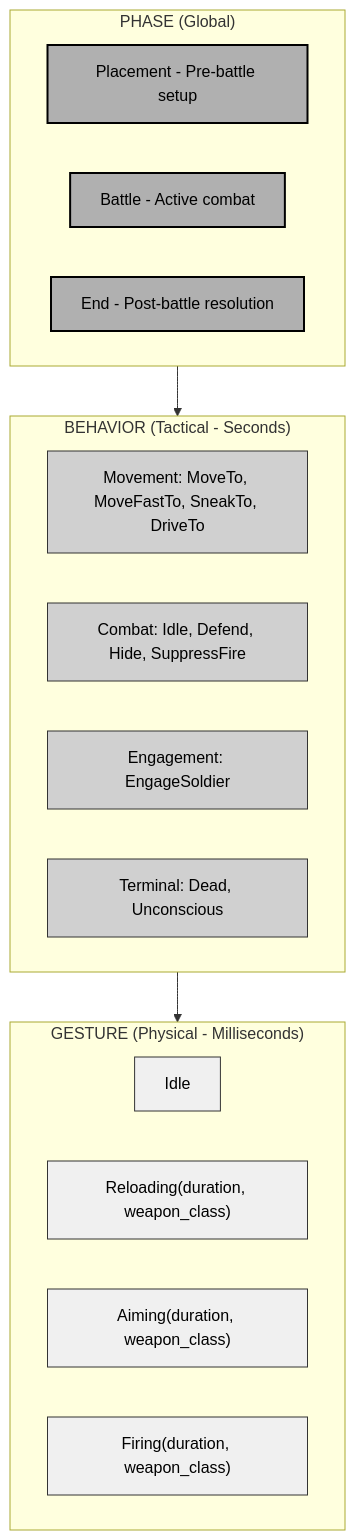
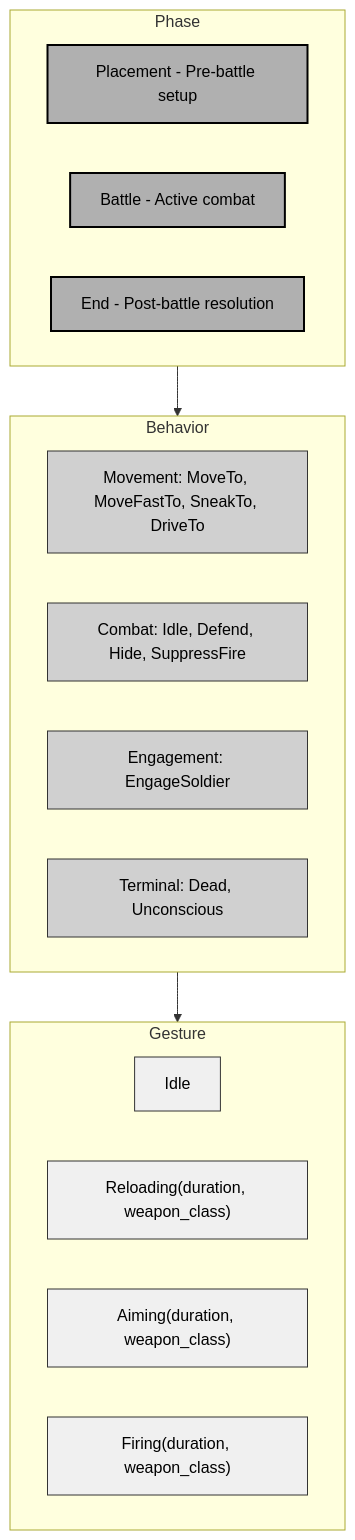
The third of 6 diagrams in chapter_14_ai_systems.md (jukofyork/close-combat-architecture-study), drawn with Mermaid before and after one commit. The commit also changed other lines of this file and 5 other files, not shown here.

````diff
--- a/chapter_14_ai_systems.md
+++ b/chapter_14_ai_systems.md
@@ -320,34 +320,34 @@
 ```mermaid
 flowchart TB
     classDef default fill:#fff,stroke:#000,stroke-width:1px,color:#000
     classDef light fill:#f0f0f0,stroke:#333,stroke-width:1px,color:#000
     classDef medium fill:#d0d0d0,stroke:#333,stroke-width:1px,color:#000
     classDef dark fill:#b0b0b0,stroke:#000,stroke-width:2px,color:#000
 
-    subgraph PHASE["PHASE (Global)"]
+    subgraph PHASE["Phase"]
         P1["Placement - Pre-battle setup"]
         P2["Battle - Active combat"]
         P3["End - Post-battle resolution"]
     end
 
-    subgraph BEHAVIOR["BEHAVIOR (Tactical - Seconds)"]
+    subgraph BEHAVIOR["Behavior"]
         B1["Movement: MoveTo, MoveFastTo, SneakTo, DriveTo"]
         B2["Combat: Idle, Defend, Hide, SuppressFire"]
         B3["Engagement: EngageSoldier"]
         B4["Terminal: Dead, Unconscious"]
     end
 
-    subgraph GESTURE["GESTURE (Physical - Milliseconds)"]
+    subgraph GESTURE["Gesture"]
         G1["Idle"]
         G2["Reloading(duration, weapon_class)"]
         G3["Aiming(duration, weapon_class)"]
         G4["Firing(duration, weapon_class)"]
     end
 
     PHASE --> BEHAVIOR
     BEHAVIOR --> GESTURE
 
     class P1,P2,P3 dark
     class B1,B2,B3,B4 medium
     class G1,G2,G3,G4 light
 ```
````
